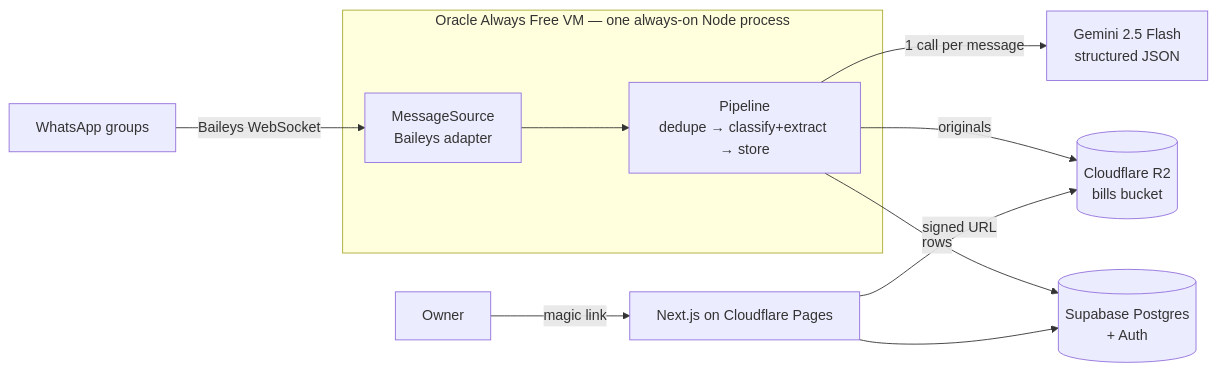
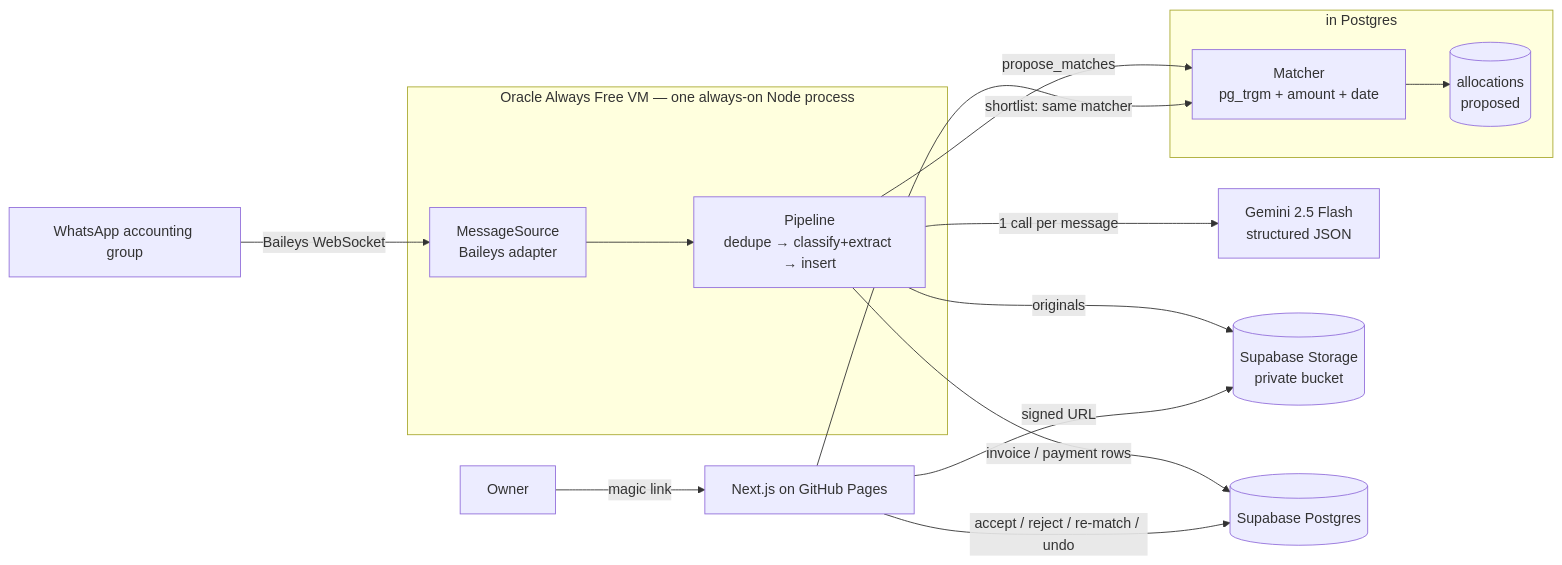
Before and after one commit to KarthikGannamaneni/DayBook-WebApp: the first of 2 diagrams in docs/p0-tech-design.md, drawn with Mermaid. The commit also changed other lines of this file and 42 other files, not shown here.

````diff
--- a/docs/p0-tech-design.md
+++ b/docs/p0-tech-design.md
@@ -14,18 +36,25 @@
 ```mermaid
 flowchart LR
-    WA[WhatsApp groups] -->|Baileys WebSocket| BOT
+    WA[WhatsApp accounting group] -->|Baileys WebSocket| BOT
 
     subgraph VM["Oracle Always Free VM — one always-on Node process"]
         BOT[MessageSource<br/>Baileys adapter]
-        PIPE[Pipeline<br/>dedupe → classify+extract → store]
+        PIPE[Pipeline<br/>dedupe → classify+extract → insert]
         BOT --> PIPE
     end
 
     PIPE -->|1 call per message| GEM[Gemini 2.5 Flash<br/>structured JSON]
-    PIPE -->|originals| R2[(Cloudflare R2<br/>bills bucket)]
-    PIPE -->|rows| DB[(Supabase Postgres<br/>+ Auth)]
+    PIPE -->|originals| ST[(Supabase Storage<br/>private bucket)]
+    PIPE -->|invoice / payment rows| DB[(Supabase Postgres)]
+    PIPE -->|propose_matches| MATCH
 
-    OWNER[Owner] -->|magic link| WEB[Next.js on Cloudflare Pages]
-    WEB --> DB
-    WEB -->|signed URL| R2
+    subgraph DB2["in Postgres"]
+        MATCH[Matcher<br/>pg_trgm + amount + date]
+        MATCH --> ALLOC[(allocations<br/>proposed)]
+    end
+
+    OWNER[Owner] -->|magic link| WEB[Next.js on GitHub Pages]
+    WEB -->|accept / reject / re-match / undo| DB
+    WEB -->|shortlist: same matcher| MATCH
+    WEB -->|signed URL| ST
 ```
````
